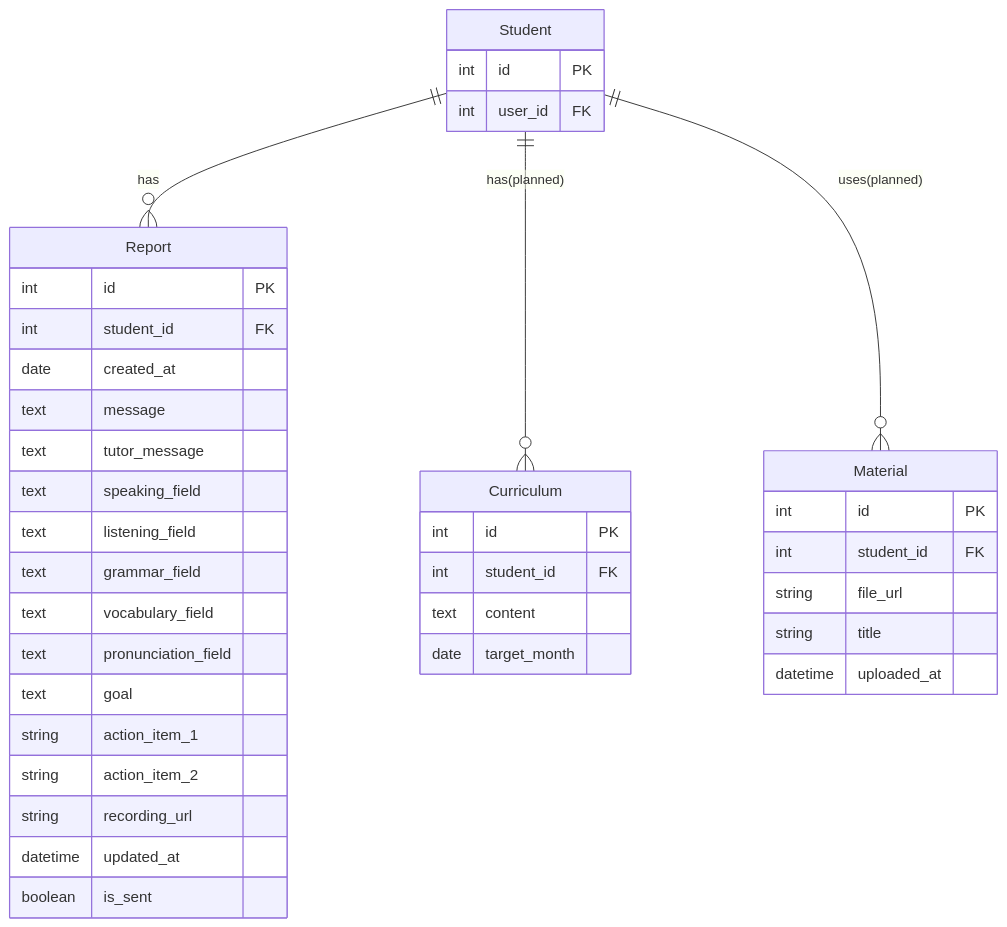
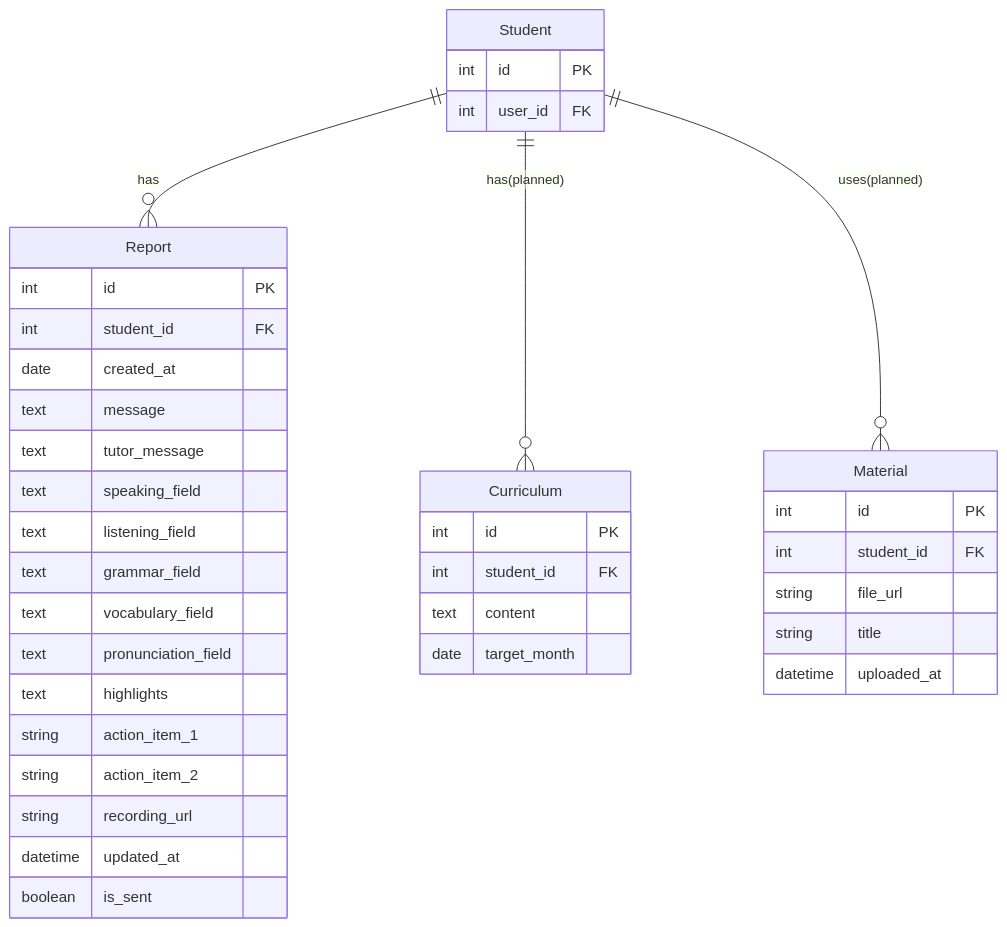
The fifth of 9 diagrams in docs/DATABASE_DESIGN.md (Saaka-y/korup), drawn with Mermaid before and after one commit. The commit also changed 11 other files, not shown here.

````diff
--- a/docs/DATABASE_DESIGN.md
+++ b/docs/DATABASE_DESIGN.md
@@ -302,45 +302,45 @@
 ```mermaid
 erDiagram
     Student ||--o{ Report : "has"
     Student ||--o{ Curriculum : "has(planned)"
     Student ||--o{ Material : "uses(planned)"
 
     Report {
         int id PK
         int student_id FK
         date created_at
         text message
         text tutor_message
         text speaking_field
         text listening_field
         text grammar_field
         text vocabulary_field
         text pronunciation_field
-        text goal
+        text highlights
         string action_item_1
         string action_item_2
         string recording_url
         datetime updated_at
         boolean is_sent
     }
 
     Curriculum {
         int id PK
         int student_id FK
         text content
         date target_month
     }
 
     Material {
         int id PK
         int student_id FK
         string file_url
         string title
         datetime uploaded_at
     }
 
     Student {
         int id PK
         int user_id FK
     }
 ```
````
